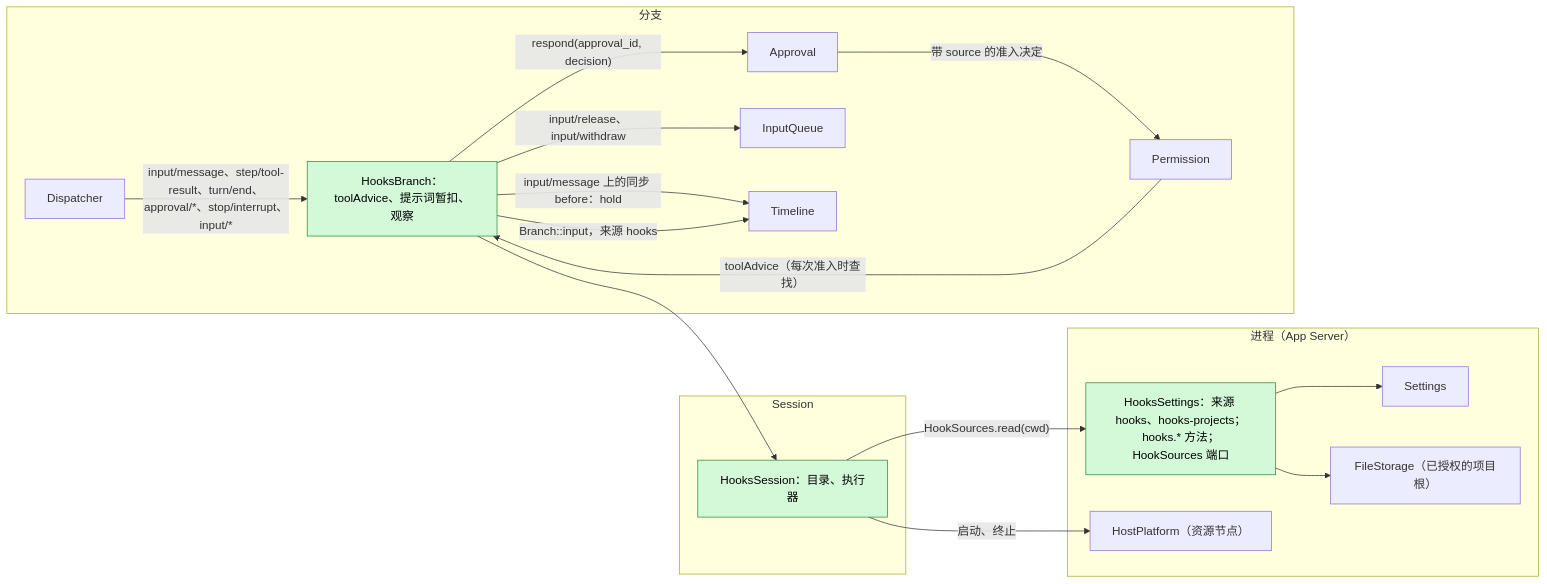
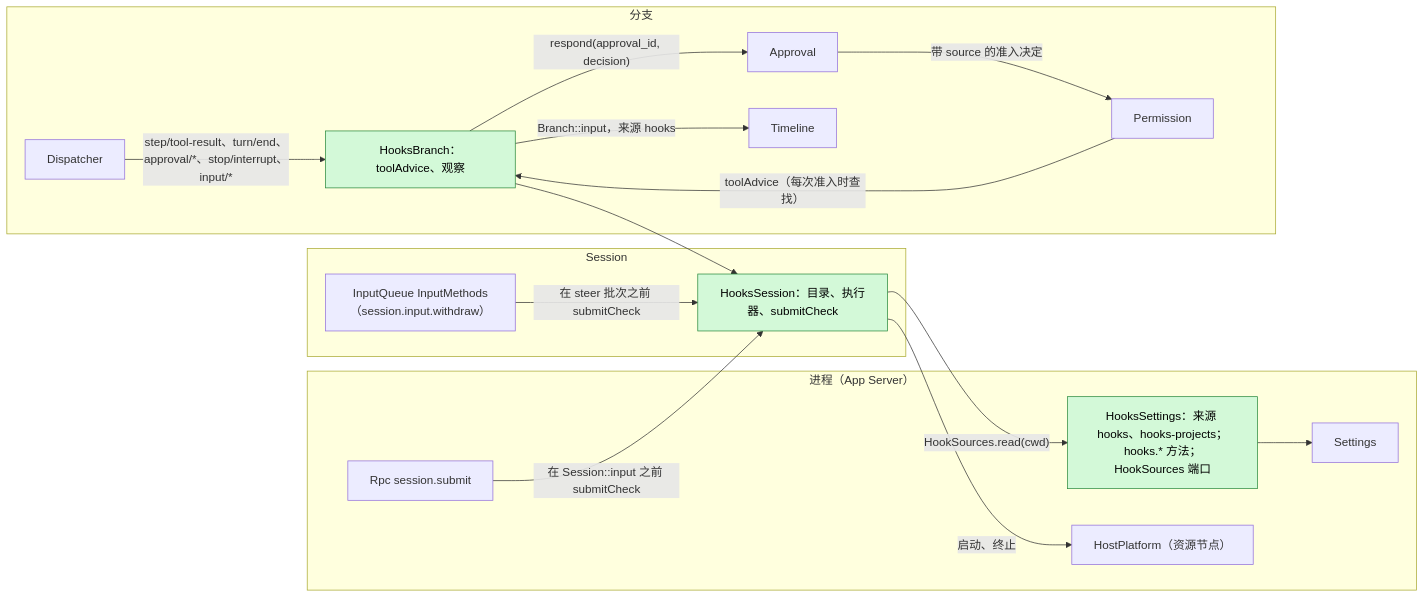
Before and after one commit to CoutinhoTTS/dim-agent: the first of 6 diagrams in docs/zh/design/plugins/Hooks.md, drawn with Mermaid. The commit also changed other lines of this file and 3 other files, not shown here.

````diff
--- a/docs/zh/design/plugins/Hooks.md
+++ b/docs/zh/design/plugins/Hooks.md
@@ -38,33 +38,32 @@
 ```mermaid
 flowchart LR
   subgraph PROC["进程（App Server）"]
     HSet["HooksSettings：来源 hooks、hooks-projects；hooks.* 方法；HookSources 端口"]:::new
     Settings["Settings"]
-    FS["FileStorage（已授权的项目根）"]
+    Rpc["Rpc session.submit"]
     HP["HostPlatform（资源节点）"]
   end
   subgraph SESS["Session"]
-    HS["HooksSession：目录、执行器"]:::new
+    HS["HooksSession：目录、执行器、submitCheck"]:::new
+    IM["InputQueue InputMethods（session.input.withdraw）"]
   end
   subgraph BR["分支"]
-    HB["HooksBranch：toolAdvice、提示词暂扣、观察"]:::new
+    HB["HooksBranch：toolAdvice、观察"]:::new
     AP["Approval"]
     PM["Permission"]
-    IQ["InputQueue"]
     TL["Timeline"]
     DP["Dispatcher"]
   end
   HSet --> Settings
-  HSet --> FS
   HS -->|"HookSources.read(cwd)"| HSet
   HS -->|"启动、终止"| HP
+  Rpc -->|"在 Session::input 之前 submitCheck"| HS
+  IM -->|"在 steer 批次之前 submitCheck"| HS
   HB --> HS
   AP -->|"带 source 的准入决定"| PM
   PM -->|"toolAdvice（每次准入时查找）"| HB
   HB -->|"respond(approval_id, decision)"| AP
-  HB -->|"input/release、input/withdraw"| IQ
-  HB -->|"input/message 上的同步 before：hold"| TL
   HB -->|"Branch::input，来源 hooks"| TL
-  DP -->|"input/message、step/tool-result、turn/end、approval/*、stop/interrupt、input/*"| HB
+  DP -->|"step/tool-result、turn/end、approval/*、stop/interrupt、input/*"| HB
   classDef new fill:#d3f9d8,stroke:#2b8a3e,color:#000
 ```
````
